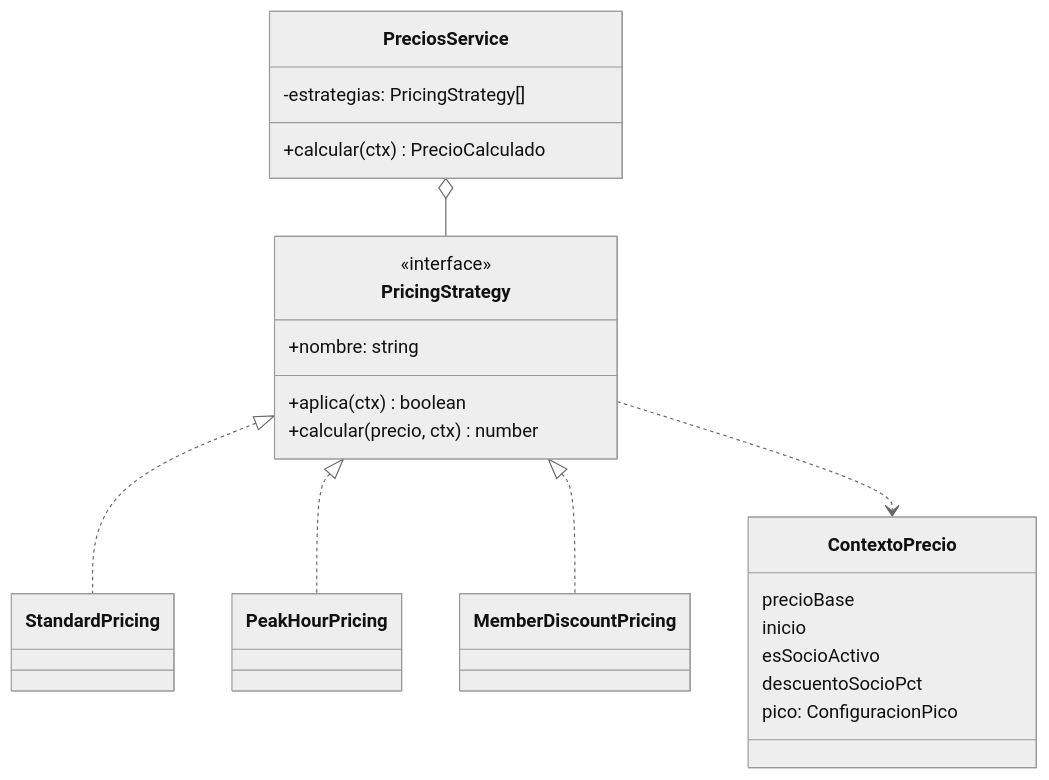
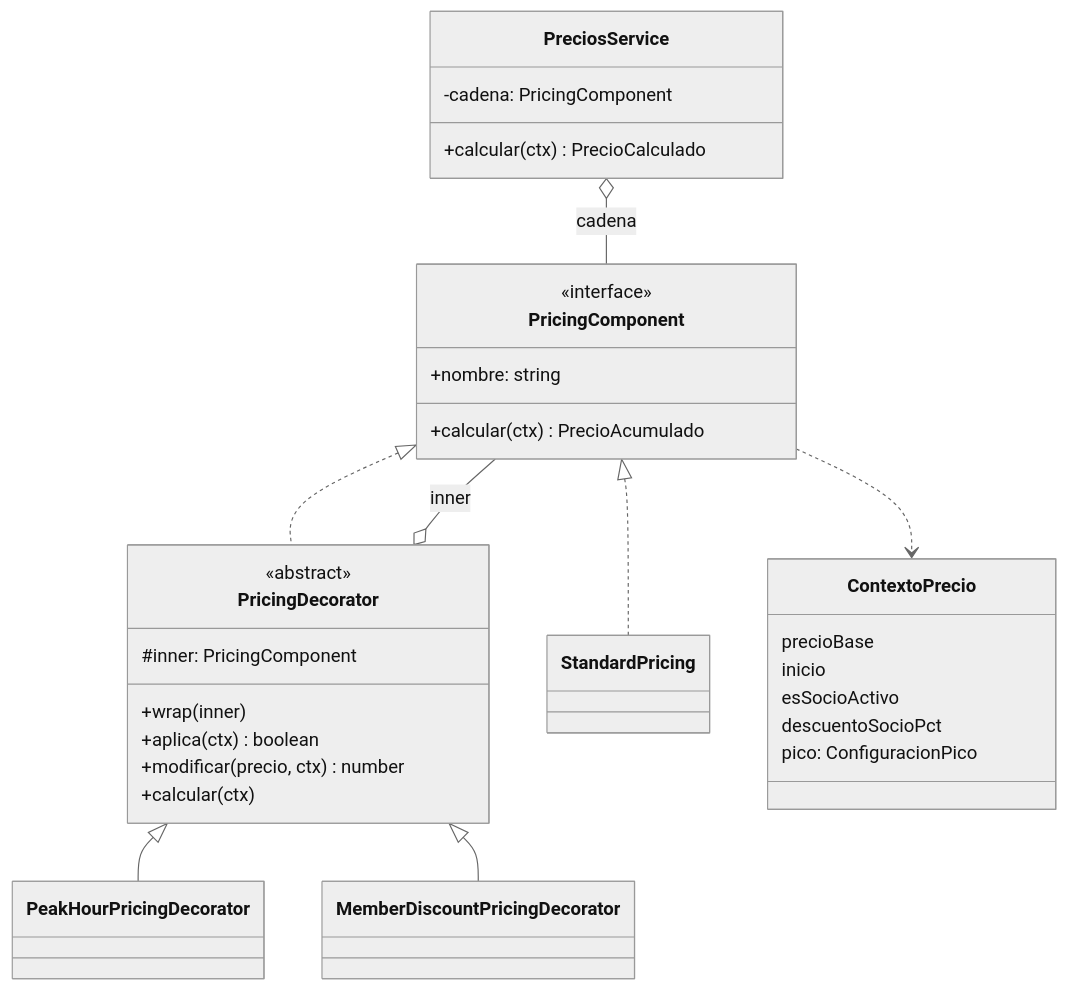
The third of 6 diagrams in documentacion/Justificacion_Patrones_Unidad_III.md (PatricioRamos04032000/FitZoneSports), drawn with Mermaid (neutral theme) before and after one commit. The commit also changed other lines of this file and 8 other files, not shown here.

First line of the commit message:
C-28.5: alinea docs y bitácora al Decorator de precios.

````diff
--- a/documentacion/Justificacion_Patrones_Unidad_III.md
+++ b/documentacion/Justificacion_Patrones_Unidad_III.md
@@ -280,29 +271,38 @@
 ```mermaid
 classDiagram
-    class PricingStrategy {
+    class PricingComponent {
         <<interface>>
         +nombre: string
+        +calcular(ctx) PrecioAcumulado
+    }
+    class PricingDecorator {
+        <<abstract>>
+        #inner: PricingComponent
+        +wrap(inner)
         +aplica(ctx) boolean
-        +calcular(precio, ctx) number
+        +modificar(precio, ctx) number
+        +calcular(ctx)
     }
     class StandardPricing
-    class PeakHourPricing
-    class MemberDiscountPricing
+    class PeakHourPricingDecorator
+    class MemberDiscountPricingDecorator
     class PreciosService {
-        -estrategias: PricingStrategy[]
+        -cadena: PricingComponent
         +calcular(ctx) PrecioCalculado
     }
     class ContextoPrecio {
         precioBase
         inicio
         esSocioActivo
         descuentoSocioPct
         pico: ConfiguracionPico
     }
 
-    PricingStrategy <|.. StandardPricing
-    PricingStrategy <|.. PeakHourPricing
-    PricingStrategy <|.. MemberDiscountPricing
-    PreciosService o-- PricingStrategy
-    PricingStrategy ..> ContextoPrecio
+    PricingComponent <|.. StandardPricing
+    PricingComponent <|.. PricingDecorator
+    PricingDecorator <|-- PeakHourPricingDecorator
+    PricingDecorator <|-- MemberDiscountPricingDecorator
+    PricingDecorator o-- PricingComponent : inner
+    PreciosService o-- PricingComponent : cadena
+    PricingComponent ..> ContextoPrecio
 ```
````
